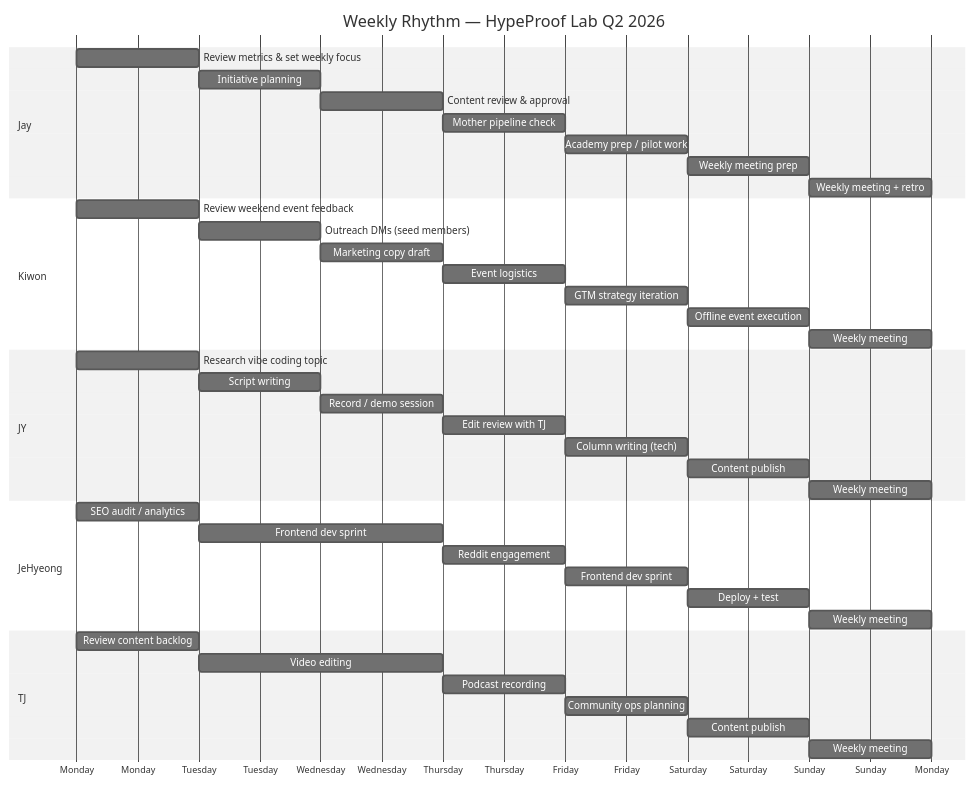
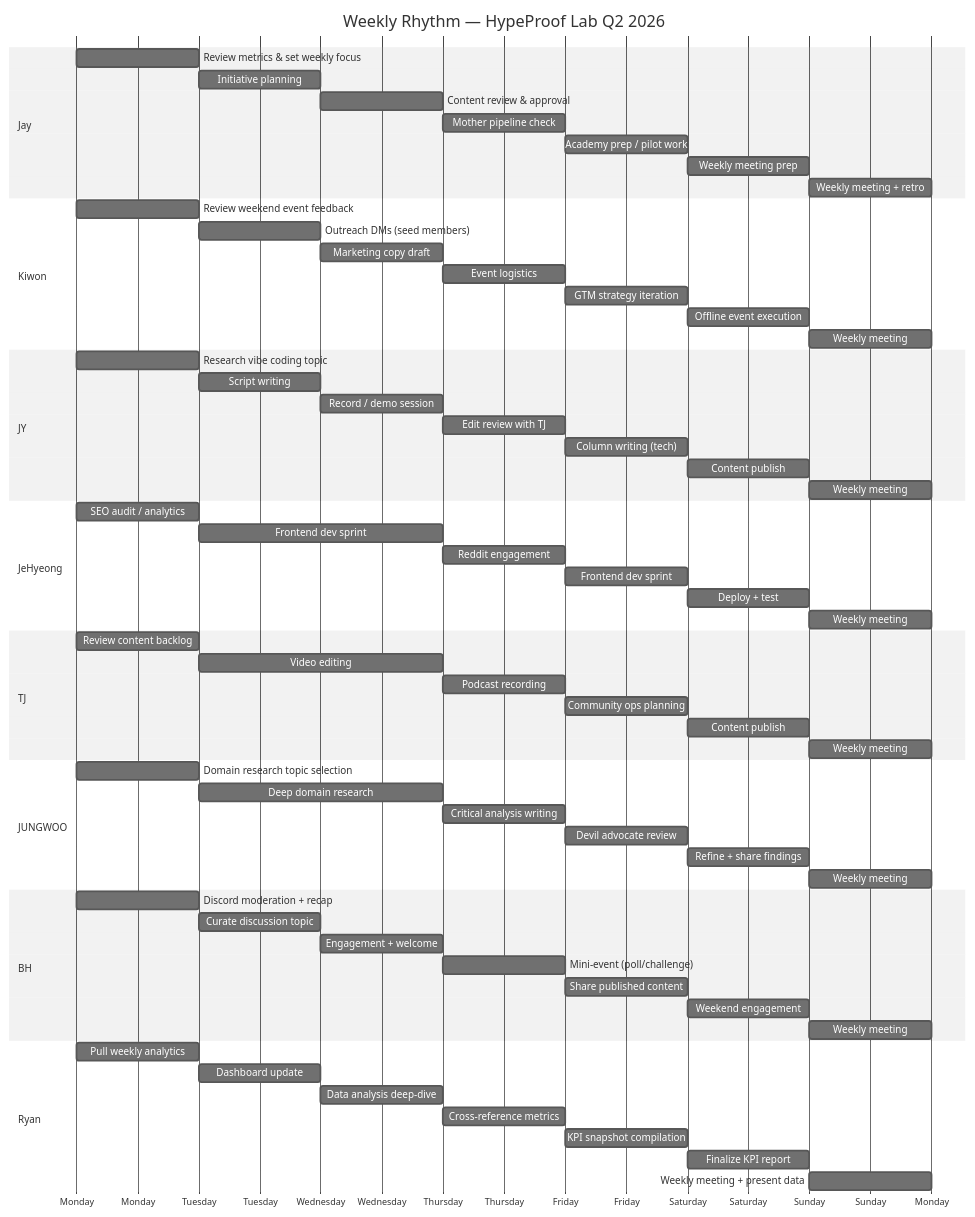
The second of 6 diagrams in products/hypeproof-workflow-2026Q2.md (JeHyeong2/hypeprooflab), drawn with Mermaid (neutral theme) before and after one commit. The commit also changed other lines of this file, not shown here.

First line of the commit message:
workflow v2: add specific times, expand JUNGWOO, content routing, launch plan

````diff
--- a/products/hypeproof-workflow-2026Q2.md
+++ b/products/hypeproof-workflow-2026Q2.md
@@ -80,49 +86,75 @@
 ```mermaid
 gantt
     title Weekly Rhythm — HypeProof Lab Q2 2026
     dateFormat  YYYY-MM-DD
     axisFormat  %A
 
     section Jay
     Review metrics & set weekly focus     :mon, 2026-04-06, 1d
     Initiative planning                   :tue, 2026-04-07, 1d
     Content review & approval             :wed, 2026-04-08, 1d
     Mother pipeline check                 :thu, 2026-04-09, 1d
     Academy prep / pilot work             :fri, 2026-04-10, 1d
     Weekly meeting prep                   :sat, 2026-04-11, 1d
     Weekly meeting + retro                :sun, 2026-04-12, 1d
 
     section Kiwon
     Review weekend event feedback         :mon, 2026-04-06, 1d
     Outreach DMs (seed members)           :tue, 2026-04-07, 1d
     Marketing copy draft                  :wed, 2026-04-08, 1d
     Event logistics                       :thu, 2026-04-09, 1d
     GTM strategy iteration                :fri, 2026-04-10, 1d
     Offline event execution               :sat, 2026-04-11, 1d
     Weekly meeting                        :sun, 2026-04-12, 1d
 
     section JY
     Research vibe coding topic            :mon, 2026-04-06, 1d
     Script writing                        :tue, 2026-04-07, 1d
     Record / demo session                 :wed, 2026-04-08, 1d
     Edit review with TJ                   :thu, 2026-04-09, 1d
     Column writing (tech)                 :fri, 2026-04-10, 1d
     Content publish                       :sat, 2026-04-11, 1d
     Weekly meeting                        :sun, 2026-04-12, 1d
 
     section JeHyeong
     SEO audit / analytics                 :mon, 2026-04-06, 1d
     Frontend dev sprint                   :tue, 2026-04-07, 2d
     Reddit engagement                     :thu, 2026-04-09, 1d
     Frontend dev sprint                   :fri, 2026-04-10, 1d
     Deploy + test                         :sat, 2026-04-11, 1d
     Weekly meeting                        :sun, 2026-04-12, 1d
 
     section TJ
     Review content backlog                :mon, 2026-04-06, 1d
     Video editing                         :tue, 2026-04-07, 2d
     Podcast recording                     :thu, 2026-04-09, 1d
     Community ops planning                :fri, 2026-04-10, 1d
     Content publish                       :sat, 2026-04-11, 1d
     Weekly meeting                        :sun, 2026-04-12, 1d
+
+    section JUNGWOO
+    Domain research topic selection       :mon, 2026-04-06, 1d
+    Deep domain research                  :tue, 2026-04-07, 2d
+    Critical analysis writing             :thu, 2026-04-09, 1d
+    Devil advocate review                 :fri, 2026-04-10, 1d
+    Refine + share findings               :sat, 2026-04-11, 1d
+    Weekly meeting                        :sun, 2026-04-12, 1d
+
+    section BH
+    Discord moderation + recap            :mon, 2026-04-06, 1d
+    Curate discussion topic               :tue, 2026-04-07, 1d
+    Engagement + welcome                  :wed, 2026-04-08, 1d
+    Mini-event (poll/challenge)           :thu, 2026-04-09, 1d
+    Share published content               :fri, 2026-04-10, 1d
+    Weekend engagement                    :sat, 2026-04-11, 1d
+    Weekly meeting                        :sun, 2026-04-12, 1d
+
+    section Ryan
+    Pull weekly analytics                 :mon, 2026-04-06, 1d
+    Dashboard update                      :tue, 2026-04-07, 1d
+    Data analysis deep-dive               :wed, 2026-04-08, 1d
+    Cross-reference metrics               :thu, 2026-04-09, 1d
+    KPI snapshot compilation              :fri, 2026-04-10, 1d
+    Finalize KPI report                   :sat, 2026-04-11, 1d
+    Weekly meeting + present data         :sun, 2026-04-12, 1d
 ```
````
